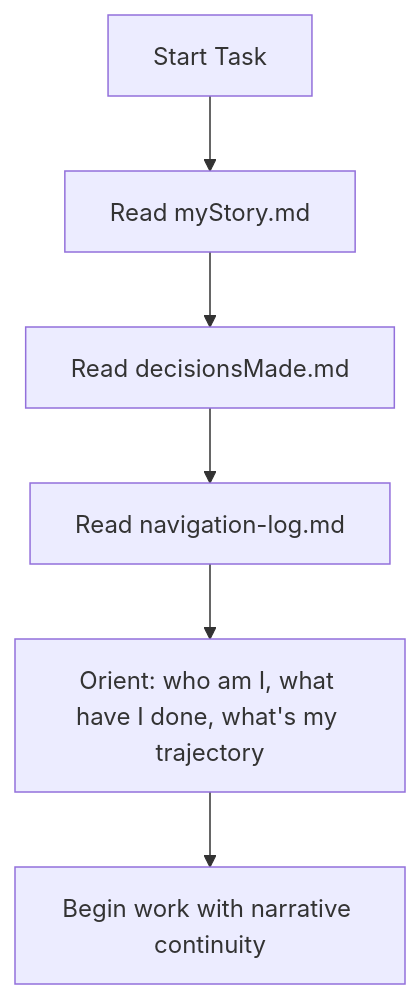
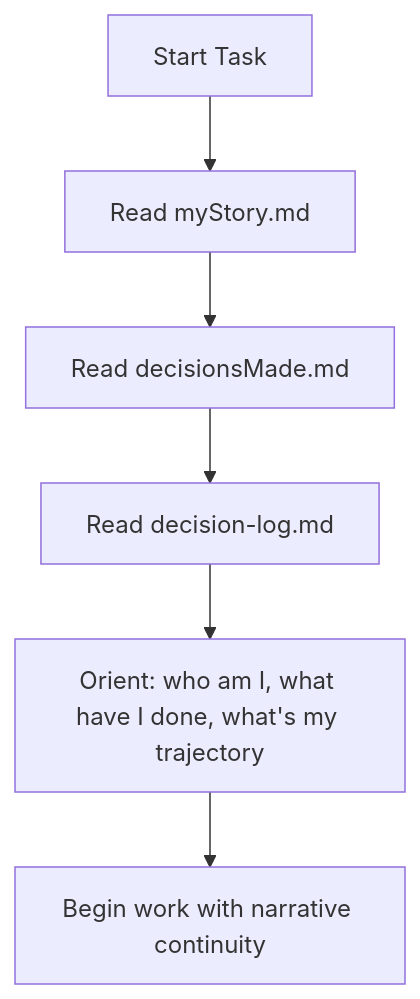
The third of 4 diagrams in .agents/rules/story-perspective.md (ClawStackStudios/ShellGuard-Mobile), drawn with Mermaid before and after one commit. The commit also changed other lines of this file and 17 other files, not shown here.

First line of the commit message:
refactor(rules): rename long-term-memory and harmonize decision log naming

````diff
--- a/.agents/rules/story-perspective.md
+++ b/.agents/rules/story-perspective.md
@@ -119,8 +119,8 @@
 ```mermaid
 flowchart TD
     Start[Start Task] --> ReadStory[Read myStory.md]
     ReadStory --> ReadDecisions[Read decisionsMade.md]
-    ReadDecisions --> ReadNav[Read navigation-log.md]
+    ReadDecisions --> ReadNav[Read decision-log.md]
     ReadNav --> Orient[Orient: who am I, what have I done, what's my trajectory]
     Orient --> Work[Begin work with narrative continuity]
 ```
````
